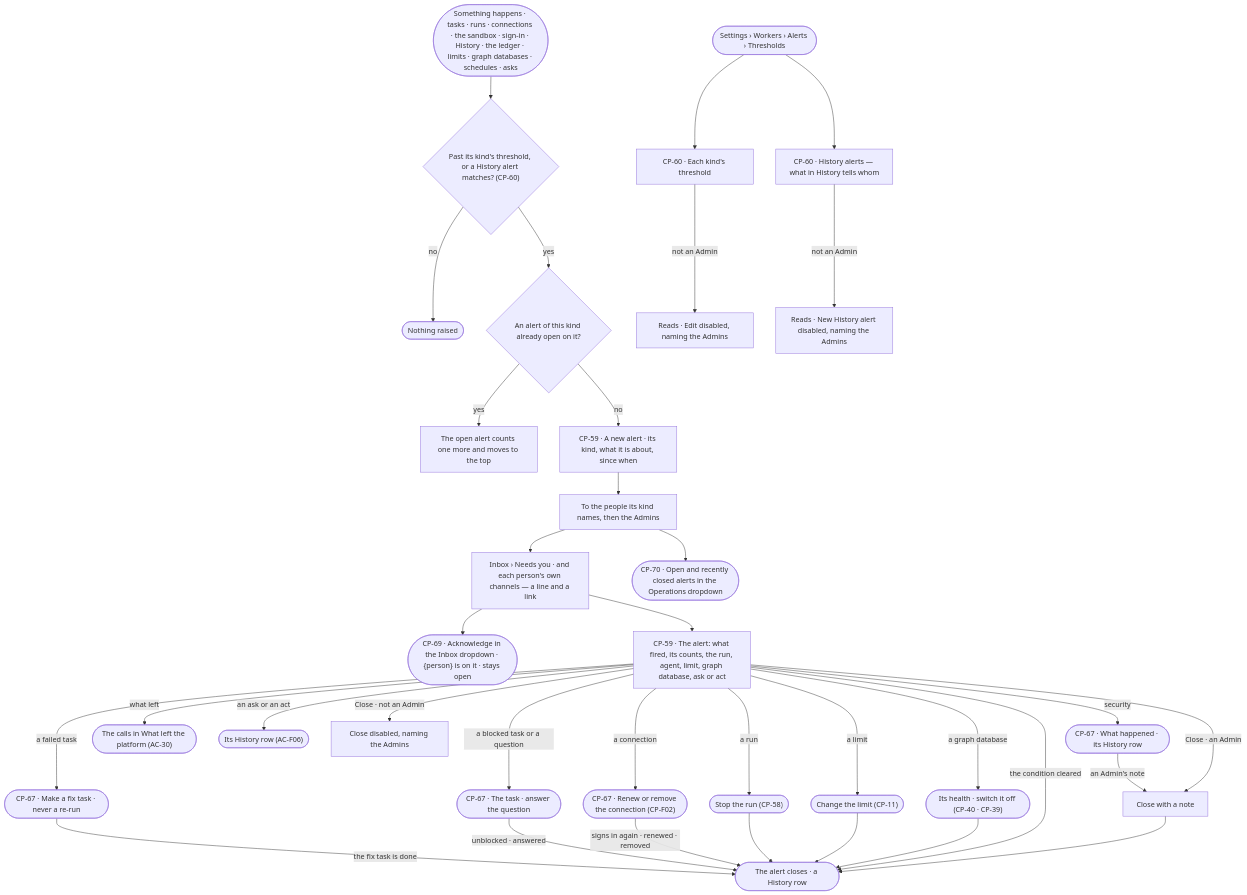
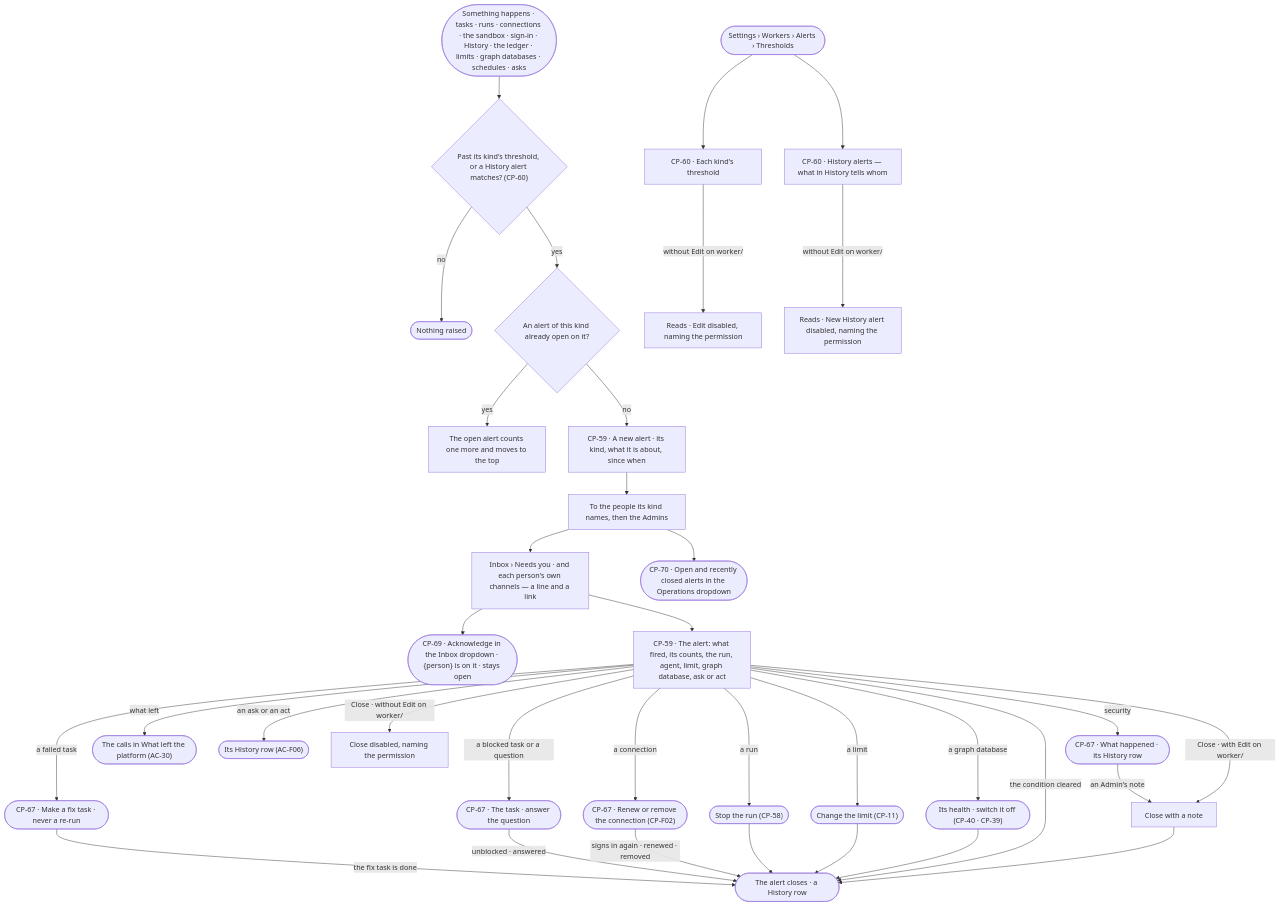
The first of 2 diagrams in specs/os/control/features/CP-F11-ops-alerting/feature.md (invana/invana), drawn with Mermaid before and after one commit. The commit also changed other lines of this file and 228 other files, not shown here.

````diff
--- a/specs/os/control/features/CP-F11-ops-alerting/feature.md
+++ b/specs/os/control/features/CP-F11-ops-alerting/feature.md
@@ -29,36 +29,36 @@
 ```mermaid
 flowchart TD
   sig([Something happens · tasks · runs · connections · the sandbox · sign-in · History · the ledger · limits · graph databases · schedules · asks]) --> m{"Past its kind's threshold, or a History alert matches? (CP-60)"}
   m -->|no| q(["Nothing raised"])
   m -->|yes| open{"An alert of this kind already open on it?"}
   open -->|yes| inc["The open alert counts one more and moves to the top"]
   open -->|no| a["CP-59 · A new alert · its kind, what it is about, since when"]
   a --> rc["To the people its kind names, then the Admins"]
   rc --> ib["Inbox › Needs you · and each person's own channels — a line and a link"]
   ib --> ack(["CP-69 · Acknowledge in the Inbox dropdown · {person} is on it · stays open"])
   rc --> ops(["CP-70 · Open and recently closed alerts in the Operations dropdown"])
   ib --> view["CP-59 · The alert: what fired, its counts, the run, agent, limit, graph database, ask or act"]
   view -->|a run| stop(["Stop the run (CP-58)"])
   view -->|a failed task| fix(["CP-67 · Make a fix task · never a re-run"])
   view -->|a blocked task or a question| tk(["CP-67 · The task · answer the question"])
   view -->|a connection| cn(["CP-67 · Renew or remove the connection (CP-F02)"])
   view -->|security| sec(["CP-67 · What happened · its History row"])
   fix -->|the fix task is done| cl
   tk -->|unblocked · answered| cl
   cn -->|signs in again · renewed · removed| cl
   sec -->|an Admin's note| note
   view -->|a limit| lim(["Change the limit (CP-11)"])
   view -->|a graph database| gd(["Its health · switch it off (CP-40 · CP-39)"])
   view -->|what left| led(["The calls in What left the platform (AC-30)"])
   view -->|an ask or an act| hist(["Its History row (AC-F06)"])
   stop --> cl(["The alert closes · a History row"])
   lim --> cl
   gd --> cl
   view -->|the condition cleared| cl
-  view -->|Close · an Admin| note["Close with a note"] --> cl
-  view -->|Close · not an Admin| nc["Close disabled, naming the Admins"]
+  view -->|Close · with Edit on worker/<group>| note["Close with a note"] --> cl
+  view -->|Close · without Edit on worker/<group>| nc["Close disabled, naming the permission"]
   set([Settings › Workers › Alerts › Thresholds]) --> t["CP-60 · Each kind's threshold"]
-  t -->|not an Admin| ro["Reads · Edit disabled, naming the Admins"]
+  t -->|without Edit on worker/<group>| ro["Reads · Edit disabled, naming the permission"]
   set --> ha["CP-60 · History alerts — what in History tells whom"]
-  ha -->|not an Admin| hro["Reads · New History alert disabled, naming the Admins"]
+  ha -->|without Edit on worker/<group>| hro["Reads · New History alert disabled, naming the permission"]
 ```
````
